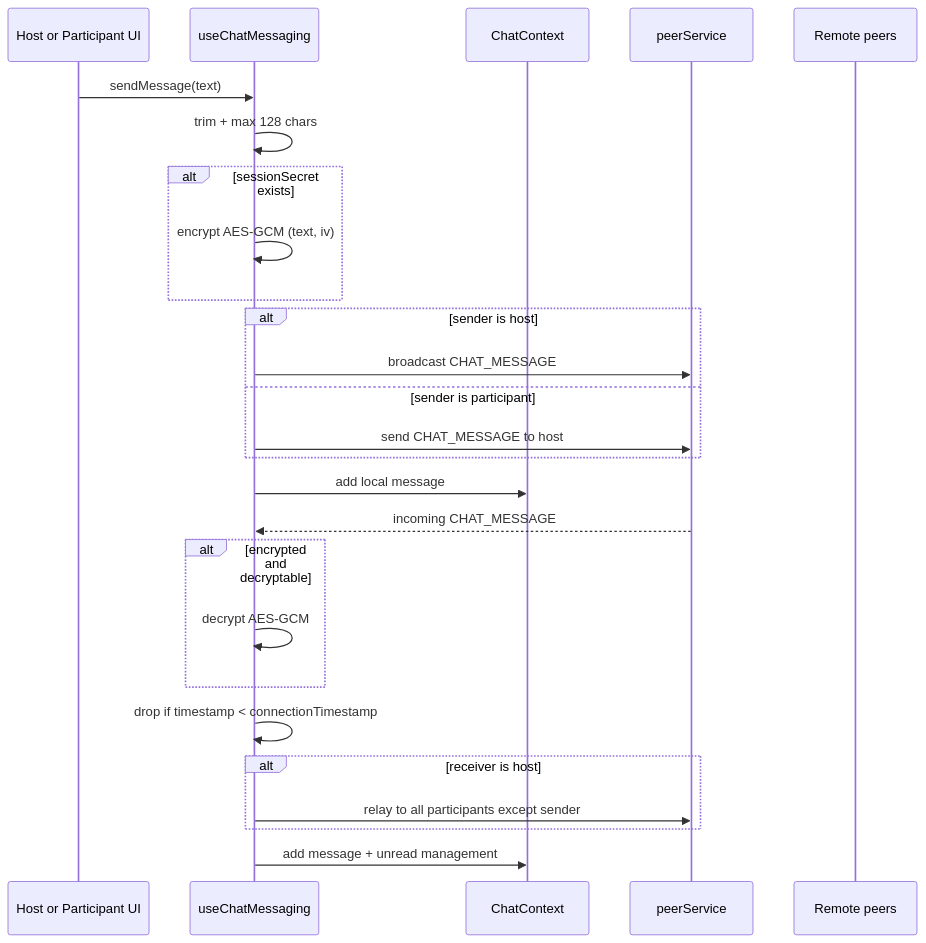
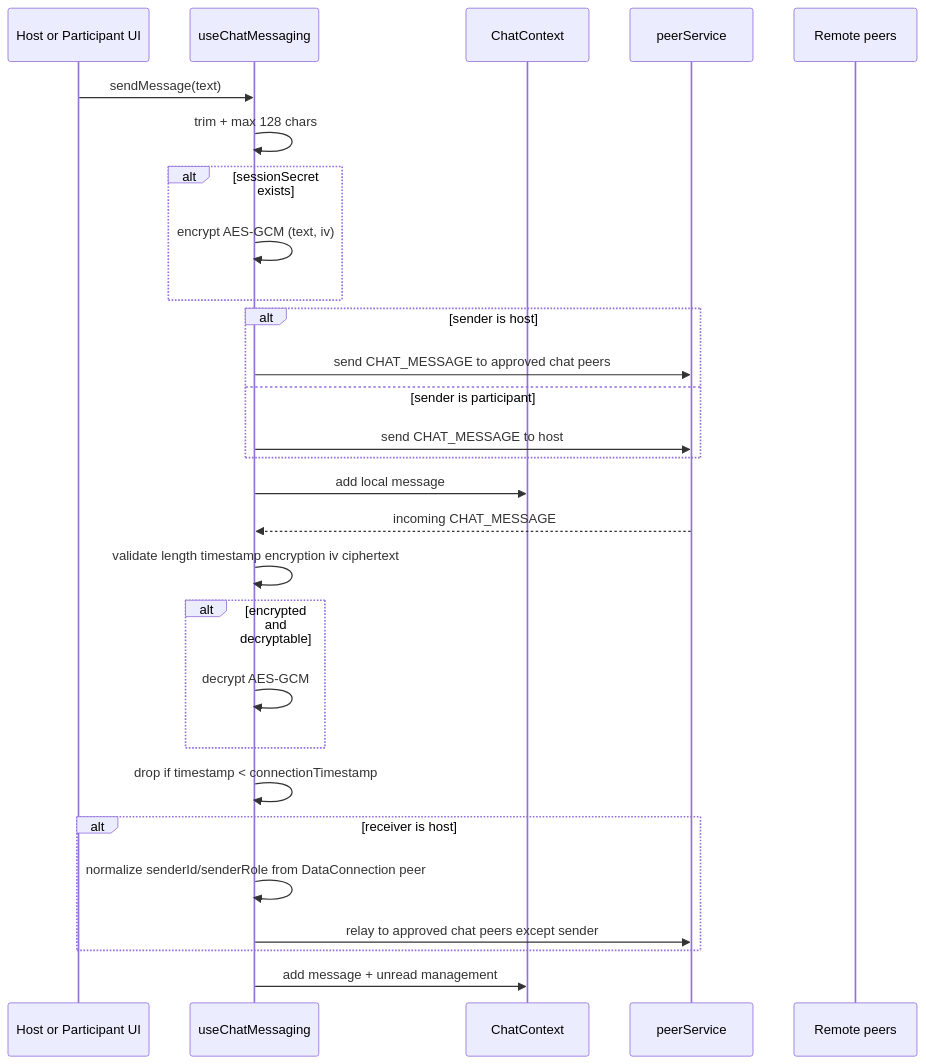
One commit to BackGwa/Perspective changed the fourth of 5 diagrams in ARCHITECTURE.md. Above: the diagram before and after it, drawn with Mermaid. The commit also changed other lines of this file, not shown here.

Commit message:
docs(architecture): reflect hardened session and media flows

````diff
--- a/ARCHITECTURE.md
+++ b/ARCHITECTURE.md
@@ -81,30 +85,32 @@
 ```mermaid
 sequenceDiagram
     participant Sender as Host or Participant UI
     participant Hook as useChatMessaging
     participant Ctx as ChatContext
     participant PS as peerService
     participant Receiver as Remote peers
 
     Sender->>Hook: sendMessage(text)
     Hook->>Hook: trim + max 128 chars
     alt sessionSecret exists
         Hook->>Hook: encrypt AES-GCM (text, iv)
     end
     alt sender is host
-        Hook->>PS: broadcast CHAT_MESSAGE
+        Hook->>PS: send CHAT_MESSAGE to approved chat peers
     else sender is participant
         Hook->>PS: send CHAT_MESSAGE to host
     end
     Hook->>Ctx: add local message
 
     PS-->>Hook: incoming CHAT_MESSAGE
+    Hook->>Hook: validate length timestamp encryption iv ciphertext
     alt encrypted and decryptable
         Hook->>Hook: decrypt AES-GCM
     end
     Hook->>Hook: drop if timestamp < connectionTimestamp
     alt receiver is host
-        Hook->>PS: relay to all participants except sender
+        Hook->>Hook: normalize senderId/senderRole from DataConnection peer
+        Hook->>PS: relay to approved chat peers except sender
     end
     Hook->>Ctx: add message + unread management
 ```
````
